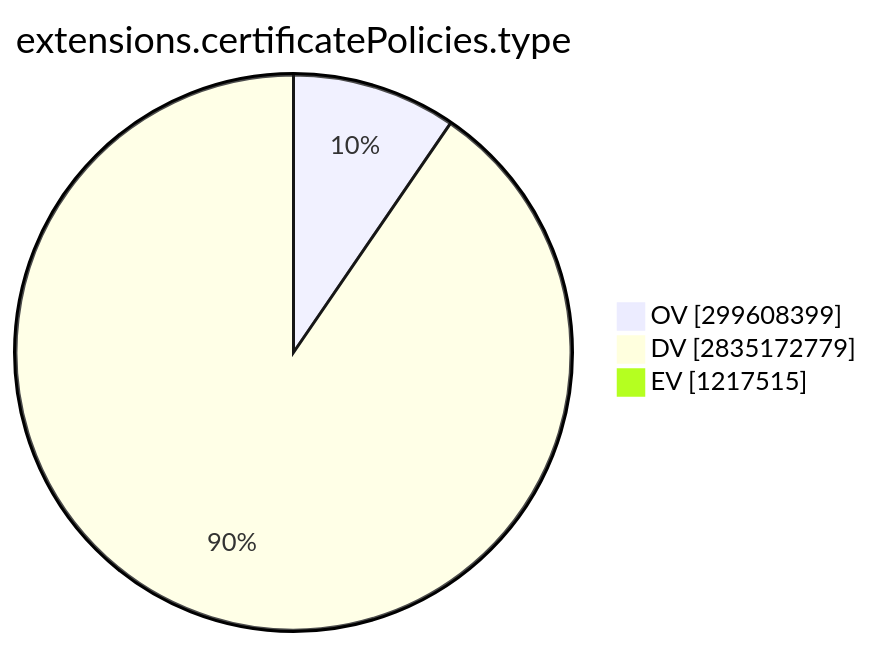
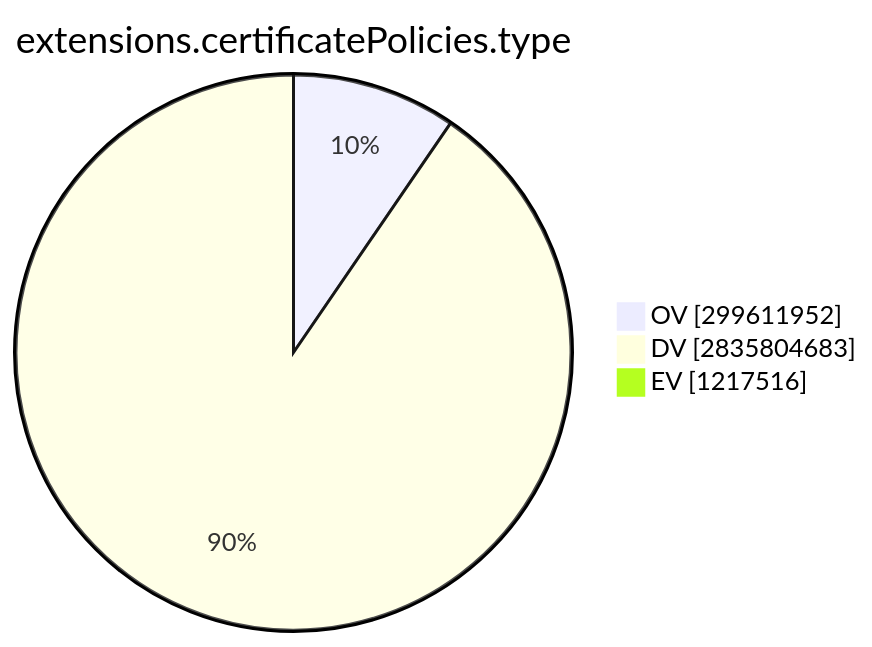
Before and after one commit to christiankrug/ctmonitor_visualization: the ninth of 15 diagrams in TOTAL/README.md, drawn with Mermaid. The commit also changed other lines of this file, not shown here.

````diff
--- a/TOTAL/README.md
+++ b/TOTAL/README.md
@@ -3101,7 +3101,7 @@
 ```mermaid
 pie showData
 title extensions.certificatePolicies.type
-"OV" :299608399
-"DV" :2835172779
-"EV" :1217515
+"OV" :299611952
+"DV" :2835804683
+"EV" :1217516
 ```
````
